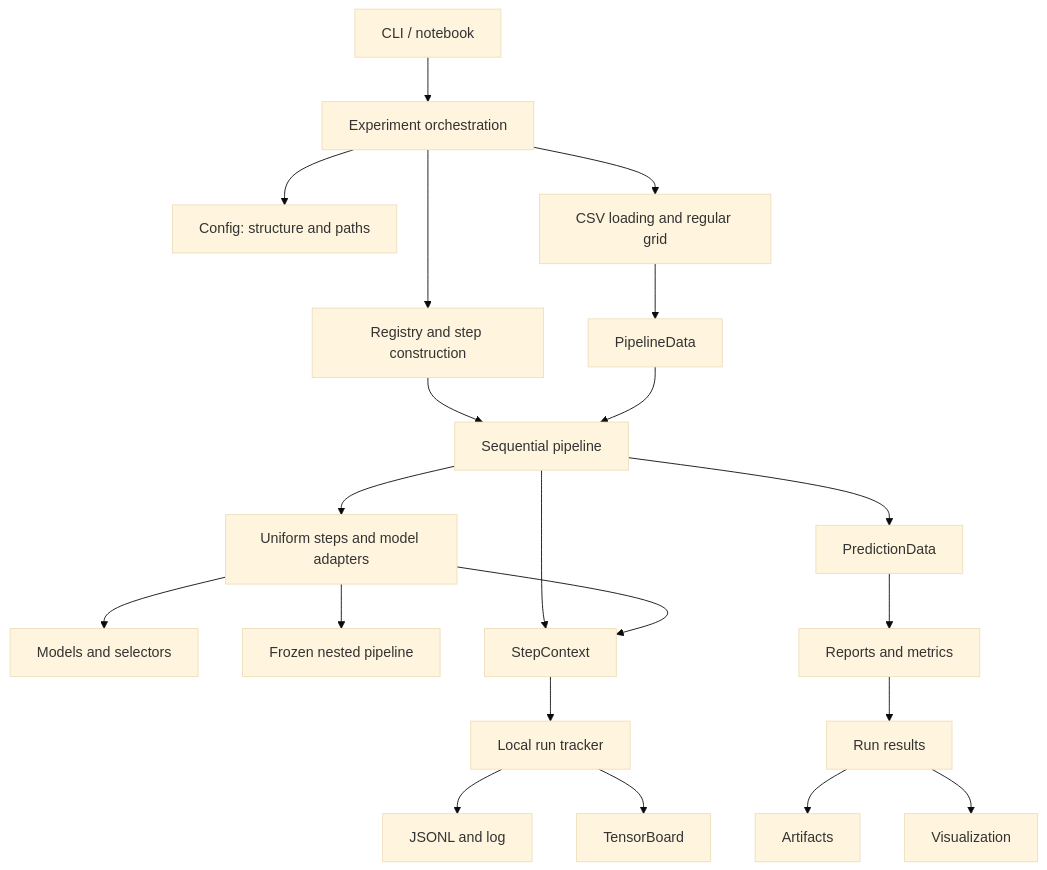
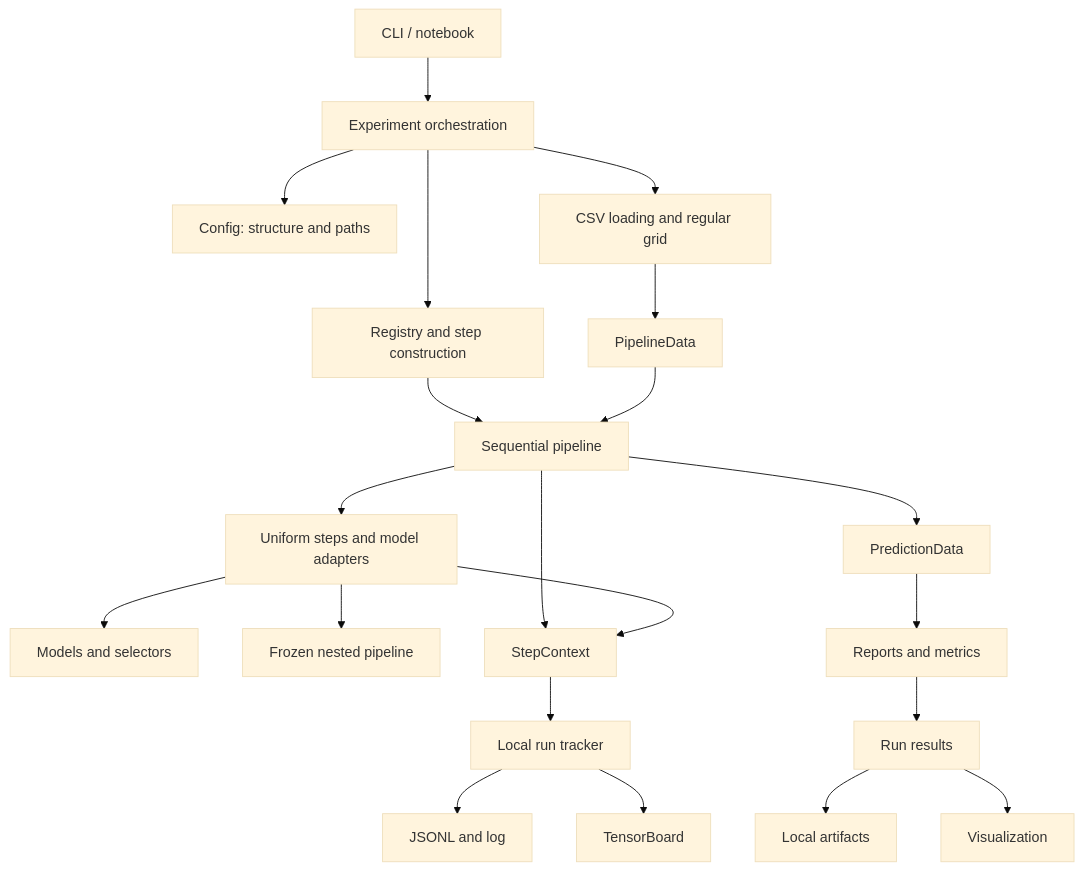
The diagram in docs/architecture.md (Alexsandr2707/feature-selector), drawn with Mermaid (base theme) before and after one commit. The commit also changed other lines of this file and 87 other files, not shown here.

````diff
--- a/docs/architecture.md
+++ b/docs/architecture.md
@@ -10,23 +18,23 @@
 ```mermaid
 flowchart TD
     Entry[CLI / notebook] --> Experiment[Experiment orchestration]
     Experiment --> Config[Config: structure and paths]
     Experiment --> Factory[Registry and step construction]
     Experiment --> Loading[CSV loading and regular grid]
     Loading --> Data[PipelineData]
     Factory --> Pipeline[Sequential pipeline]
     Data --> Pipeline
     Pipeline --> Steps[Uniform steps and model adapters]
     Steps --> Algorithms[Models and selectors]
     Steps --> Frozen[Frozen nested pipeline]
     Pipeline --> Prediction[PredictionData]
     Prediction --> Evaluation[Reports and metrics]
     Evaluation --> Results[Run results]
-    Results --> Storage[Artifacts]
+    Results --> Storage[Local artifacts]
     Results --> Plots[Visualization]
     Pipeline --> Context[StepContext]
     Steps --> Context
     Context --> Tracker[Local run tracker]
     Tracker --> Events[JSONL and log]
     Tracker --> TB[TensorBoard]
 ```
````
